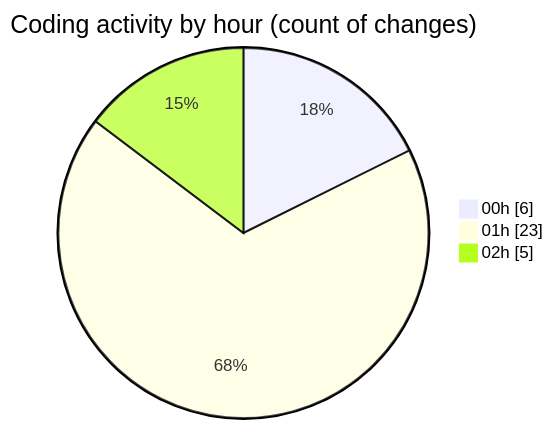
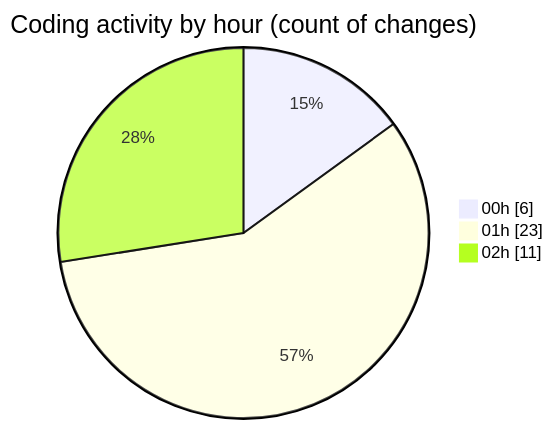
Before and after one commit to julien-gomy/code-tracking: the second of 2 diagrams in 2025-11-08/eventscop-frontend-guide__workspace_/README.md, drawn with Mermaid. The commit also changed other lines of this file and 1 other file, not shown here.

````diff
--- a/2025-11-08/eventscop-frontend-guide__workspace_/README.md
+++ b/2025-11-08/eventscop-frontend-guide__workspace_/README.md
@@ -39,7 +39,7 @@
 ```mermaid
 pie showData
 title Coding activity by hour (count of changes)
 "00h" : 6
 "01h" : 23
-"02h" : 5
+"02h" : 11
 ```
````
